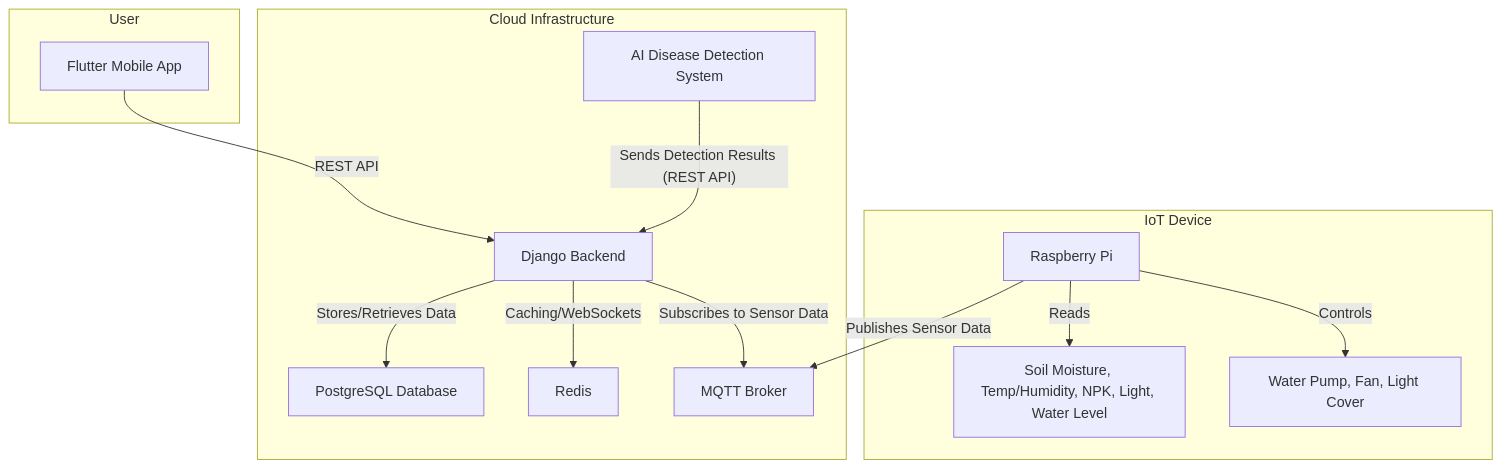
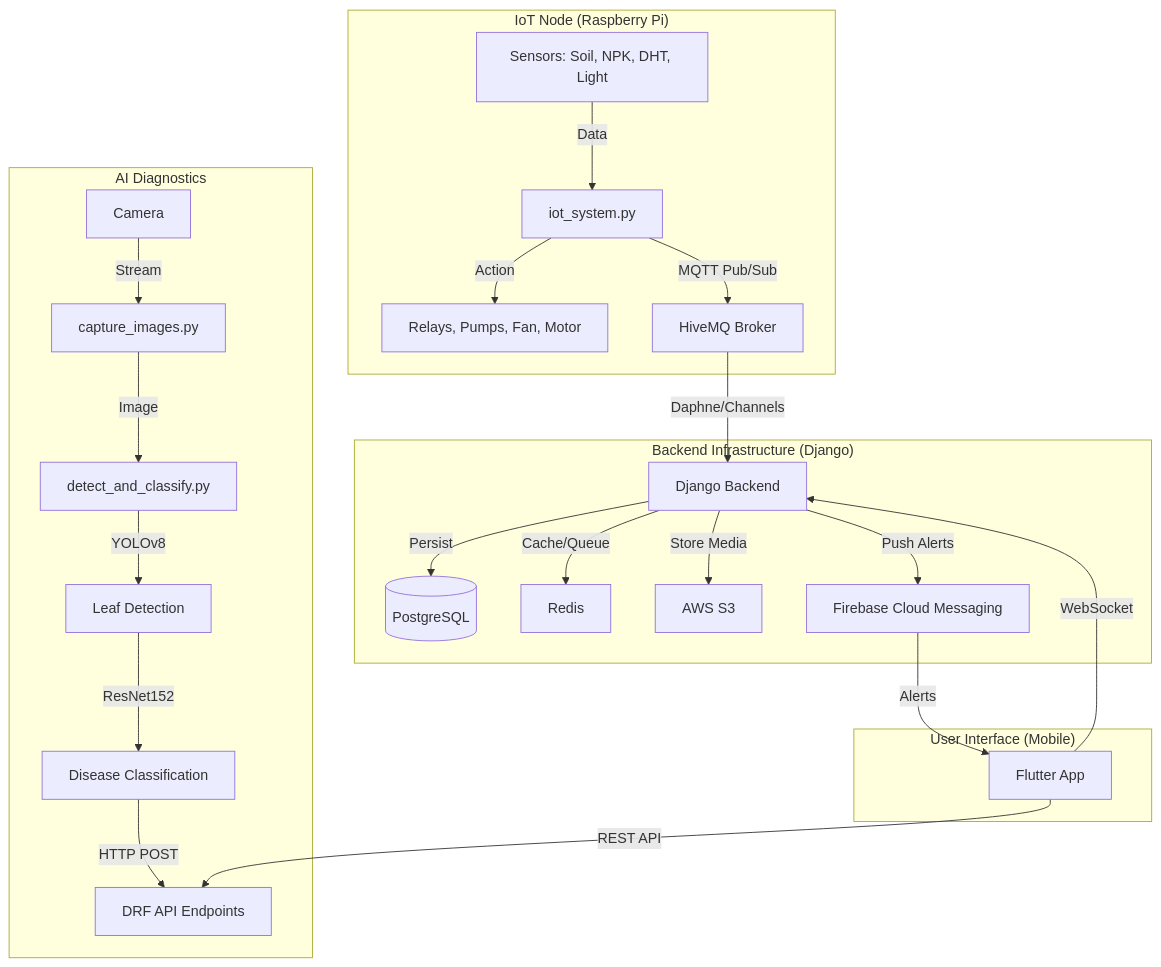
One commit to TheRealQi/fasila-iot-smart-plant-monitoring-system changed the diagram in README.md. Above: the diagram before and after it, drawn with Mermaid. The commit also changed other lines of this file, not shown here.

````diff
--- a/README.md
+++ b/README.md
@@ -7,29 +33,30 @@
 ```mermaid
 graph TD
-    subgraph User
-        A[Flutter Mobile App]
+    subgraph "IoT Node (Raspberry Pi)"
+        Sensors[Sensors: Soil, NPK, DHT, Light] -->|Data| IoT_Core[iot_system.py]
+        IoT_Core -->|Action| Actuators[Relays, Pumps, Fan, Motor]
+        IoT_Core -->|MQTT Pub/Sub| MQTT_Broker[HiveMQ Broker]
     end
 
-    subgraph Cloud Infrastructure
-        B[Django Backend]
-        C[PostgreSQL Database]
-        D[Redis]
-        E[AI Disease Detection System]
-        I[MQTT Broker]
+    subgraph "AI Diagnostics"
+        Camera[Camera] -->|Stream| Capture[capture_images.py]
+        Capture -->|Image| Pipeline[detect_and_classify.py]
+        Pipeline -->|YOLOv8| Leaf_Det[Leaf Detection]
+        Leaf_Det -->|ResNet152| Disease_Clf[Disease Classification]
+        Disease_Clf -->|HTTP POST| Backend_API
     end
 
-    subgraph IoT Device
-        F[Raspberry Pi]
-    G[Soil Moisture, Temp/Humidity, NPK, Light, Water Level]
-    H[Water Pump, Fan, Light Cover]
+    subgraph "Backend Infrastructure (Django)"
+        MQTT_Broker -->|Daphne/Channels| Django_Service[Django Backend]
+        Django_Service -->|Persist| DB[(PostgreSQL)]
+        Django_Service -->|Cache/Queue| Redis[Redis]
+        Django_Service -->|Store Media| S3[AWS S3]
+        Django_Service -->|Push Alerts| FCM[Firebase Cloud Messaging]
     end
 
-    A -- REST API --> B
-    B -- Stores/Retrieves Data --> C
-    B -- Caching/WebSockets --> D
-    F -- Publishes Sensor Data --> I
-    B -- Subscribes to Sensor Data --> I
-    E -- Sends Detection Results (REST API) --> B
-    F -- Reads --> G
-    F -- Controls --> H
+    subgraph "User Interface (Mobile)"
+        Mobile_App[Flutter App] -->|REST API| Backend_API[DRF API Endpoints]
+        Mobile_App -->|WebSocket| Django_Service
+        FCM -->|Alerts| Mobile_App
+    end
 ```
````
